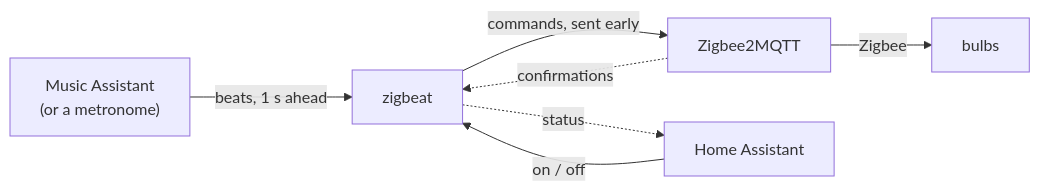
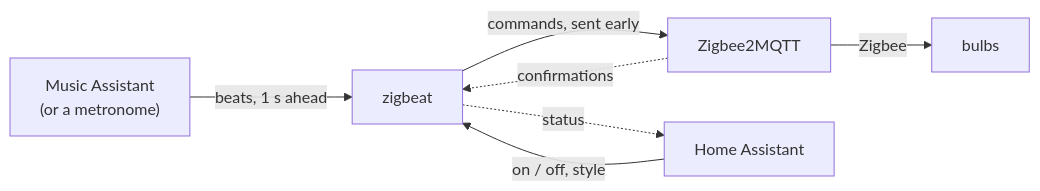
Before and after one commit to siemenvdn/zigbeat: the diagram in README.md, drawn with Mermaid. The commit also changed other lines of this file and 2 other files, not shown here.

Commit message:
document the style from home assistant: the five entities, the kept choices and how to wipe them, the new read right, the pace's maximum and the moment a new interval starts

````diff
--- a/README.md
+++ b/README.md
@@ -27,9 +27,9 @@
 ```mermaid
 flowchart LR
   beat["Music Assistant<br/>(or a metronome)"] -->|beats, 1 s ahead| zigbeat
   zigbeat -->|commands, sent early| z2m[Zigbee2MQTT]
   z2m -->|Zigbee| bulbs
   z2m -.->|confirmations| zigbeat
-  ha[Home Assistant] -->|on / off| zigbeat
+  ha[Home Assistant] -->|on / off, style| zigbeat
   zigbeat -.->|status| ha
 ```
````
